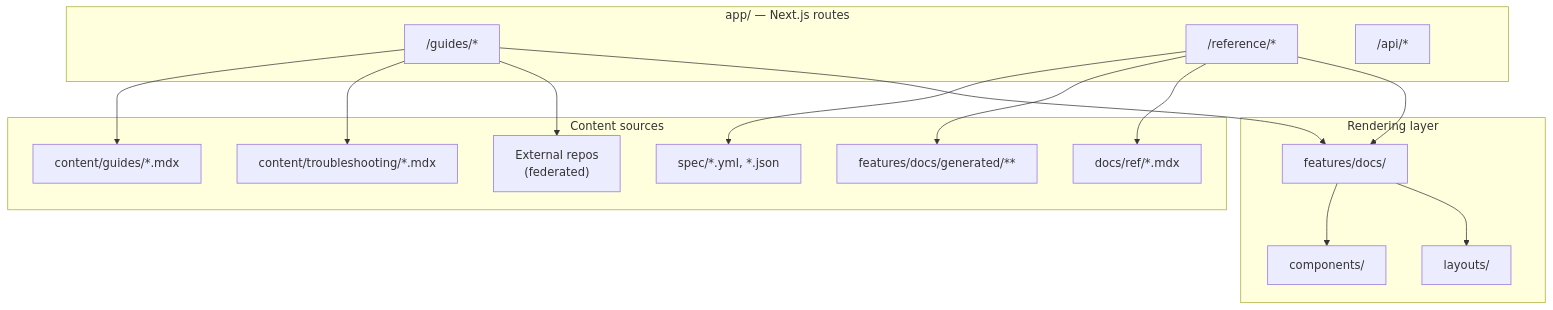
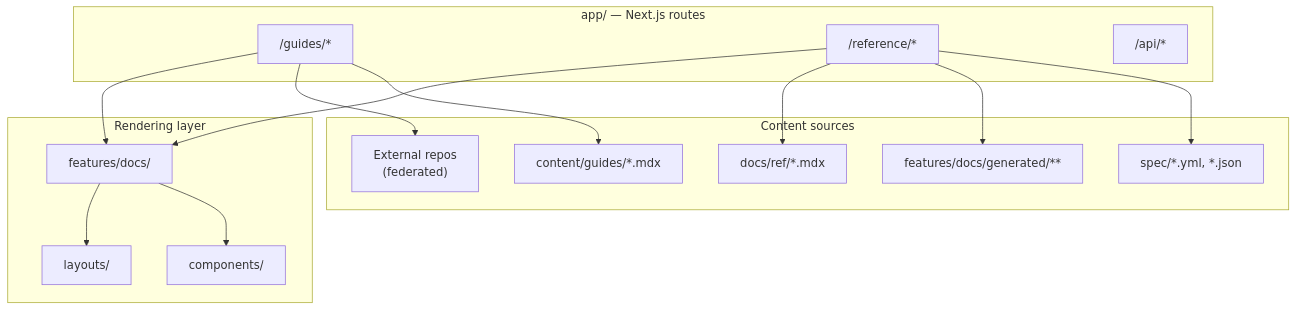
One commit to supabase/supabase changed the diagram in .agents/skills/ask-the-docs/reference/app-map.md. Above: the diagram before and after it, drawn with Mermaid. The commit also changed other lines of this file and 5 other files, not shown here.

````diff
--- a/.agents/skills/ask-the-docs/reference/app-map.md
+++ b/.agents/skills/ask-the-docs/reference/app-map.md
@@ -15,34 +15,32 @@
 ```mermaid
 flowchart TB
   subgraph routes ["app/ — Next.js routes"]
     guides["/guides/*"]
     reference["/reference/*"]
     api["/api/*"]
   end
 
   subgraph content ["Content sources"]
     mdx["content/guides/*.mdx"]
-    trouble["content/troubleshooting/*.mdx"]
     spec["spec/*.yml, *.json"]
     generated["features/docs/generated/**"]
     refmdx["docs/ref/*.mdx"]
     fed["External repos<br/>(federated)"]
   end
 
   subgraph render ["Rendering layer"]
     features["features/docs/"]
     components["components/"]
     layouts["layouts/"]
   end
 
   guides --> mdx
-  guides --> trouble
   guides --> fed
   reference --> spec
   reference --> generated
   reference --> refmdx
   guides --> features
   reference --> features
   features --> components
   features --> layouts
 ```
````
